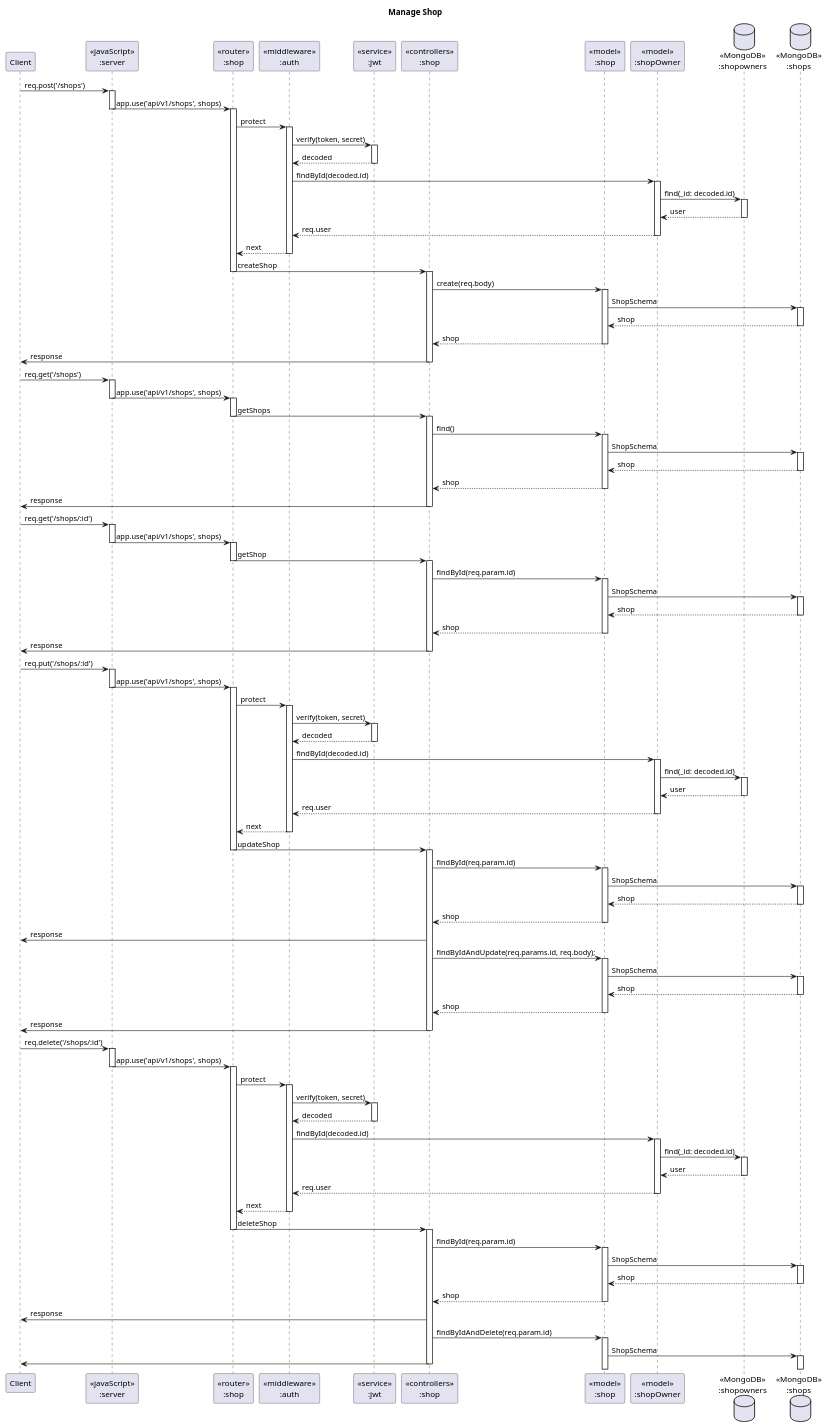
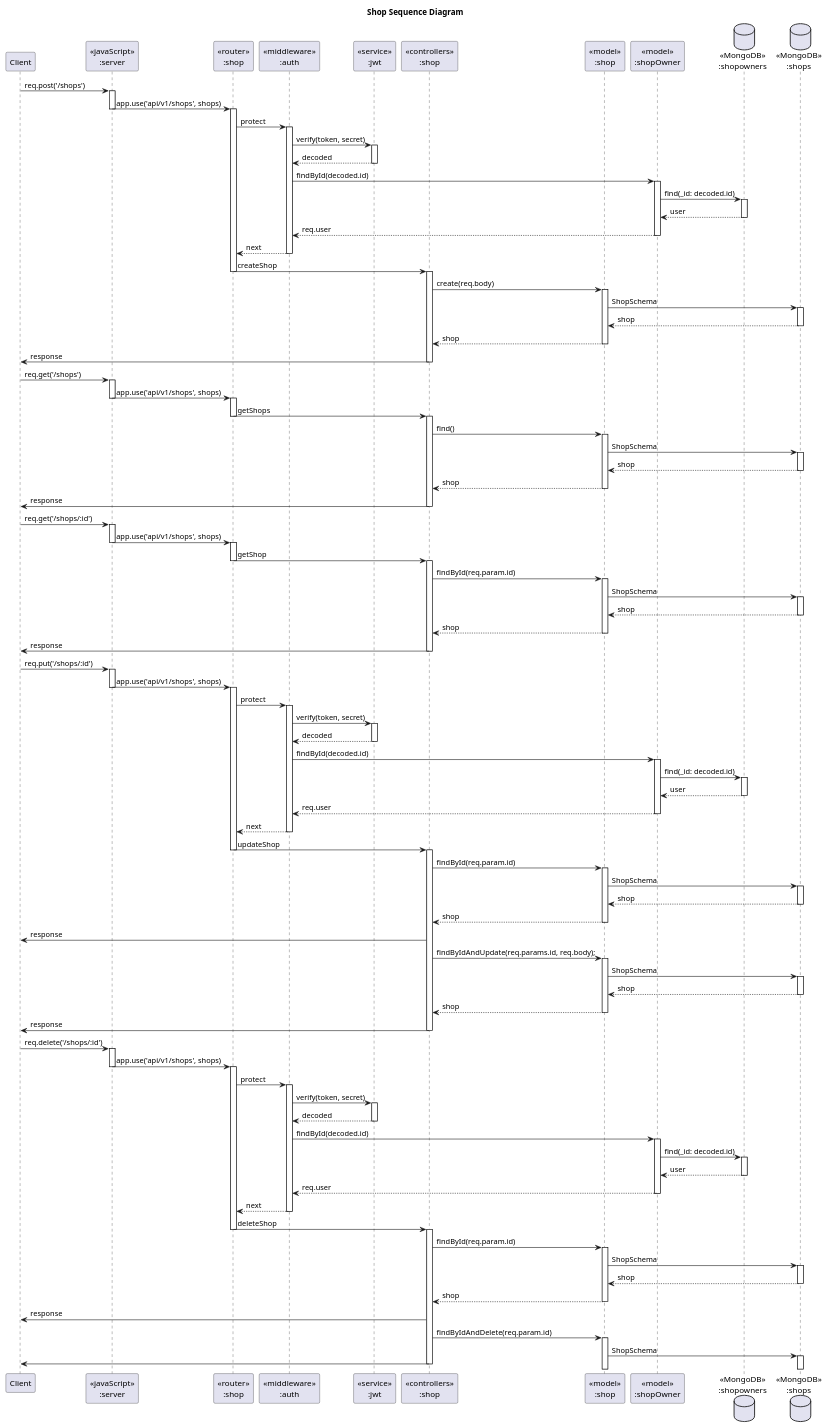
The diagram in puml/ShopSequence.puml (JomnoiZ/SWDevPracProject), drawn with PlantUML before and after one commit. The commit also changed 4 other files, not shown here.

Commit message:
fix: update diagrams

```diff
--- a/puml/ShopSequence.puml
+++ b/puml/ShopSequence.puml
@@ -1,94 +1,94 @@
-@startuml Manage Shop
+@startuml Shop Sequence Diagram
 
-title "Manage Shop"
+title "Shop Sequence Diagram"
 
 participant "Client" as client
 participant "<<javaScript>>\n:server" as server
 participant "<<router>>\n:shop" as shop
 participant "<<middleware>>\n:auth" as middleware
 participant "<<service>>\n:jwt" as jwt
 participant "<<controllers>>\n:shop" as controllerShop
 participant "<<model>>\n:shop" as modelShop
 participant "<<model>>\n:shopOwner" as modelShopOwner
 database "<<MongoDB>>\n:shopowners" as shopOwnerDatabase
 database "<<MongoDB>>\n:shops" as shopDatabase
 
 client -> server ++ :req.post('/shops')
 server -> shop --++ :app.use('api/v1/shops', shops)
 shop -> middleware ++ :protect
 middleware -> jwt ++ :verify(token, secret)
 jwt --> middleware -- :decoded
 middleware -> modelShopOwner ++ :findById(decoded.id)
 modelShopOwner -> shopOwnerDatabase ++ :find(_id: decoded.id)
 shopOwnerDatabase --> modelShopOwner -- :user
 modelShopOwner --> middleware -- :req.user
 middleware --> shop -- :next
 shop -> controllerShop --++ :createShop
 controllerShop -> modelShop ++ :create(req.body)
 modelShop -> shopDatabase ++ :ShopSchema
 shopDatabase --> modelShop -- :shop
 controllerShop <-- modelShop -- :shop
 controllerShop -> client -- :response
 
 client -> server ++ :req.get('/shops')
 server -> shop --++ :app.use('api/v1/shops', shops)
 shop -> controllerShop --++ :getShops
 controllerShop -> modelShop ++ :find()
 modelShop -> shopDatabase ++ :ShopSchema
 shopDatabase --> modelShop -- :shop
 controllerShop <-- modelShop -- :shop
 controllerShop -> client -- :response
 
 client -> server ++ :req.get('/shops/:id')
 server -> shop --++ :app.use('api/v1/shops', shops)
 shop -> controllerShop --++ :getShop
 controllerShop -> modelShop ++ :findById(req.param.id)
 modelShop -> shopDatabase ++ :ShopSchema
 shopDatabase --> modelShop -- :shop
 controllerShop <-- modelShop -- :shop
 controllerShop -> client -- :response
 
 client -> server ++ :req.put('/shops/:id')
 server -> shop --++ :app.use('api/v1/shops', shops)
 shop -> middleware ++ :protect
 middleware -> jwt ++ :verify(token, secret)
 jwt --> middleware -- :decoded
 middleware -> modelShopOwner ++ :findById(decoded.id)
 modelShopOwner -> shopOwnerDatabase ++ :find(_id: decoded.id)
 shopOwnerDatabase --> modelShopOwner -- :user
 modelShopOwner --> middleware -- :req.user
 middleware --> shop -- :next
 shop -> controllerShop --++ :updateShop
 controllerShop -> modelShop ++ :findById(req.param.id)
 modelShop -> shopDatabase ++ :ShopSchema
 shopDatabase --> modelShop -- :shop
 modelShop --> controllerShop -- :shop
 controllerShop -> client :response
 controllerShop -> modelShop ++ :findByIdAndUpdate(req.params.id, req.body);
 modelShop -> shopDatabase ++ :ShopSchema
 shopDatabase --> modelShop -- :shop
 controllerShop <-- modelShop -- :shop
 controllerShop -> client -- :response
 
 client -> server ++ :req.delete('/shops/:id')
 server -> shop --++ :app.use('api/v1/shops', shops)
 shop -> middleware ++ :protect
 middleware -> jwt ++ :verify(token, secret)
 jwt --> middleware -- :decoded
 middleware -> modelShopOwner ++ :findById(decoded.id)
 modelShopOwner -> shopOwnerDatabase ++ :find(_id: decoded.id)
 shopOwnerDatabase --> modelShopOwner -- :user
 modelShopOwner --> middleware -- :req.user
 middleware --> shop -- :next
 shop -> controllerShop --++ :deleteShop
 controllerShop -> modelShop ++ :findById(req.param.id)
 modelShop -> shopDatabase ++ :ShopSchema
 shopDatabase --> modelShop -- :shop
 modelShop --> controllerShop -- :shop
 controllerShop -> client :response
 controllerShop -> modelShop ++ :findByIdAndDelete(req.param.id)
 modelShop -> shopDatabase ++ :ShopSchema
 controllerShop -> client -- :
 
 
 @enduml
```
